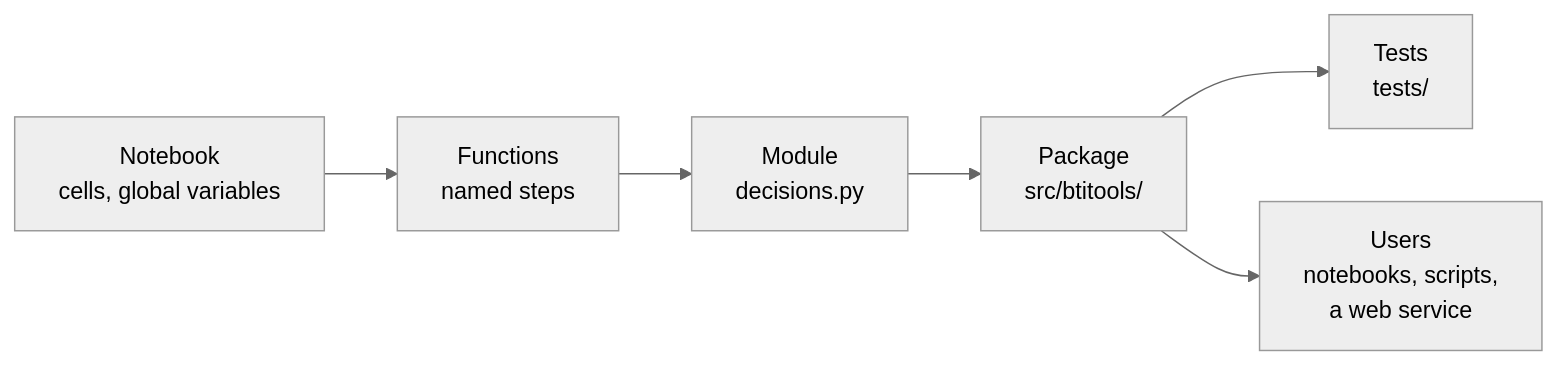
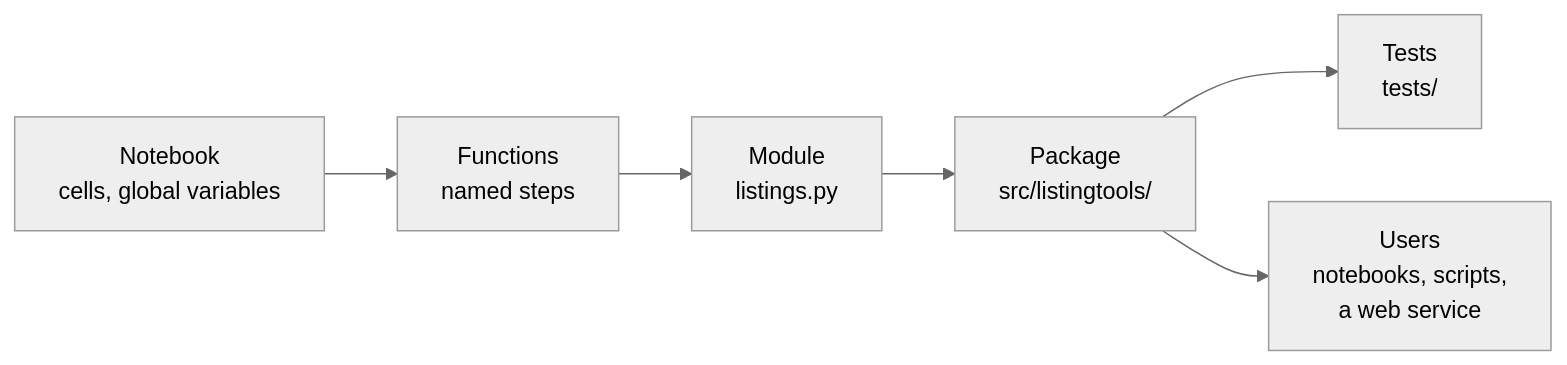
Before and after one commit to khoadaniel/statistical-programming-mpmd-htw-ws-2026: the first of 4 diagrams in sessions/01-careers-and-python/theory/03-notebook-to-application.md, drawn with Mermaid (neutral theme). The commit also changed other lines of this file and 160 other files, not shown here.

````diff
--- a/sessions/01-careers-and-python/theory/03-notebook-to-application.md
+++ b/sessions/01-careers-and-python/theory/03-notebook-to-application.md
@@ -5,8 +5,8 @@
 ```mermaid
 flowchart LR
   N["Notebook<br/>cells, global variables"] --> F["Functions<br/>named steps"]
-  F --> M["Module<br/>decisions.py"]
-  M --> P["Package<br/>src/btitools/"]
+  F --> M["Module<br/>listings.py"]
+  M --> P["Package<br/>src/listingtools/"]
   P --> T["Tests<br/>tests/"]
   P --> U["Users<br/>notebooks, scripts,<br/>a web service"]
 ```
````
